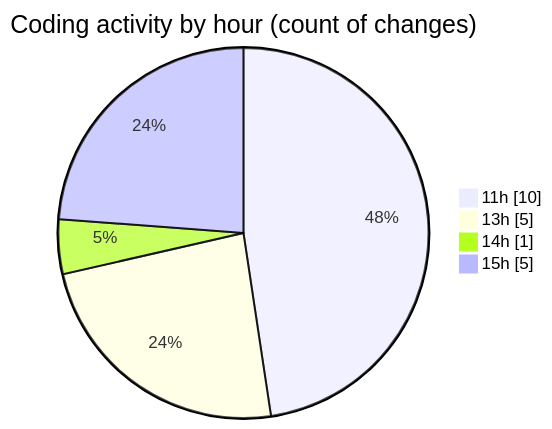
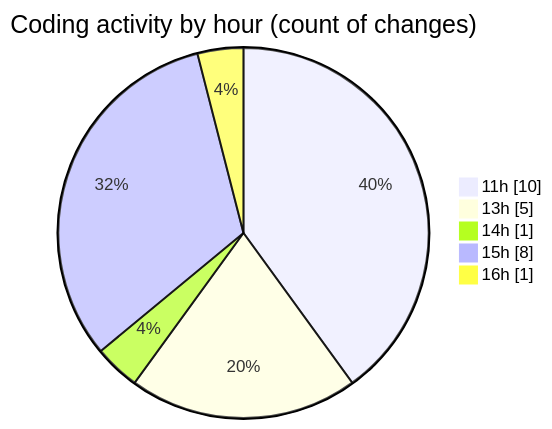
Before and after one commit to nxtqubesakshisongat/code-tracking: the second of 2 diagrams in 2026-02-09/nxtqube_webapp/README.md, drawn with Mermaid. The commit also changed other lines of this file and 1 other file, not shown here.

````diff
--- a/2026-02-09/nxtqube_webapp/README.md
+++ b/2026-02-09/nxtqube_webapp/README.md
@@ -30,8 +30,9 @@
 ```mermaid
 pie showData
 title Coding activity by hour (count of changes)
 "11h" : 10
 "13h" : 5
 "14h" : 1
-"15h" : 5
+"15h" : 8
+"16h" : 1
 ```
````
